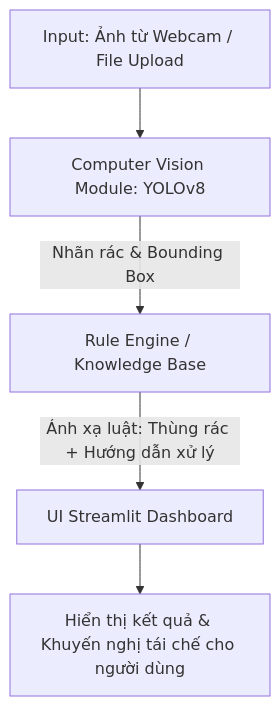
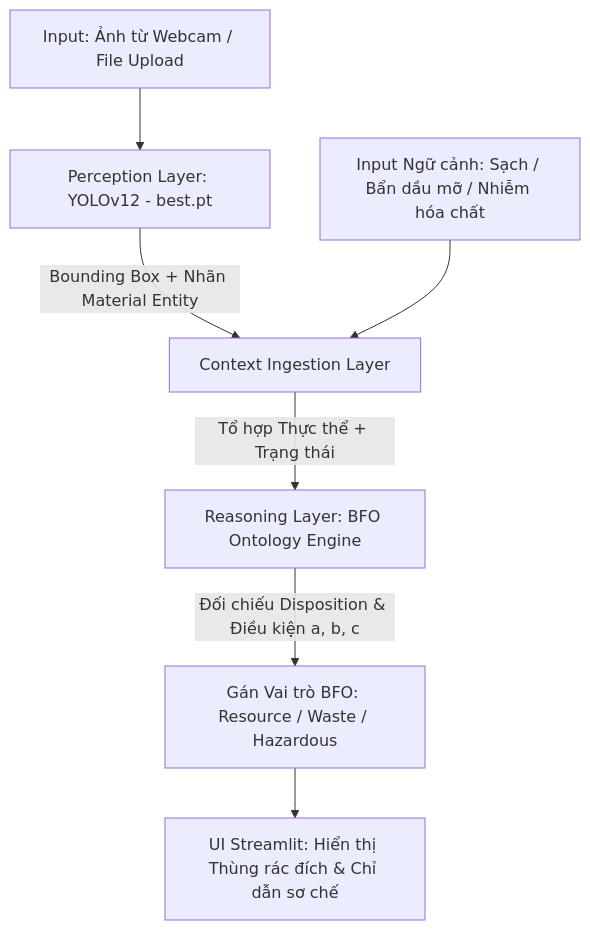
Before and after one commit to Cuongverse/Intro-to-AI-Project: the diagram in README.md, drawn with Mermaid. The commit also changed other lines of this file and 1 other file, not shown here.

Commit message:
doc: specified Project_context and Readme files

````diff
--- a/README.md
+++ b/README.md
@@ -54,7 +58,9 @@
 ```mermaid
 flowchart TD
-    A[Input: Ảnh từ Webcam / File Upload] --> B[Computer Vision Module: YOLOv8]
-    B -->|Nhãn rác & Bounding Box| C[Rule Engine / Knowledge Base]
-    C -->|Ánh xạ luật: Thùng rác + Hướng dẫn xử lý| D[UI Streamlit Dashboard]
-    D --> E[Hiển thị kết quả & Khuyến nghị tái chế cho người dùng]
+    A[Input: Ảnh từ Webcam / File Upload] --> B[Perception Layer: YOLOv12 - best.pt]
+    B -->|Bounding Box + Nhãn Material Entity| C[Context Ingestion Layer]
+    D[Input Ngữ cảnh: Sạch / Bẩn dầu mỡ / Nhiễm hóa chất] --> C
+    C -->|Tổ hợp Thực thể + Trạng thái| E[Reasoning Layer: BFO Ontology Engine]
+    E -->|Đối chiếu Disposition & Điều kiện a, b, c| F[Gán Vai trò BFO: Resource / Waste / Hazardous]
+    F --> G[UI Streamlit: Hiển thị Thùng rác đích & Chỉ dẫn sơ chế]
 ```
````
